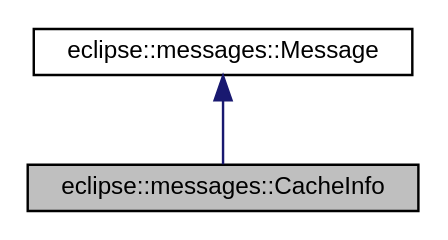
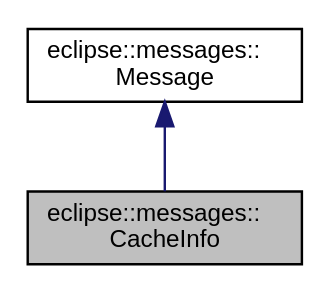
The diagram in structeclipse_1_1messages_1_1CacheInfo__inherit__graph.dot (DICL/VeloxDFS), drawn with Graphviz before and after one commit. The commit also changed 615 other files, not shown here.

```diff
--- a/structeclipse_1_1messages_1_1CacheInfo__inherit__graph.dot
+++ b/structeclipse_1_1messages_1_1CacheInfo__inherit__graph.dot
@@ -1,8 +1,8 @@
-digraph G
+digraph "eclipse::messages::CacheInfo"
 {
   edge [fontname="Helvetica",fontsize="10",labelfontname="Helvetica",labelfontsize="10"];
   node [fontname="Helvetica",fontsize="10",shape=record];
-  Node1 [label="eclipse::messages::CacheInfo",height=0.2,width=0.4,color="black", fillcolor="grey75", style="filled" fontcolor="black"];
+  Node1 [label="eclipse::messages::\lCacheInfo",height=0.2,width=0.4,color="black", fillcolor="grey75", style="filled" fontcolor="black"];
   Node2 -> Node1 [dir="back",color="midnightblue",fontsize="10",style="solid",fontname="Helvetica"];
-  Node2 [label="eclipse::messages::Message",height=0.2,width=0.4,color="black", fillcolor="white", style="filled",URL="$structeclipse_1_1messages_1_1Message.html"];
+  Node2 [label="eclipse::messages::\lMessage",height=0.2,width=0.4,color="black", fillcolor="white", style="filled",URL="$structeclipse_1_1messages_1_1Message.html"];
 }
```
